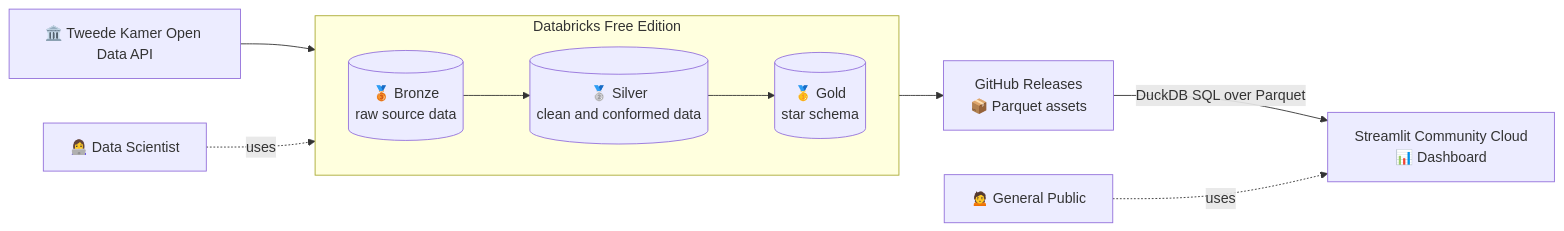
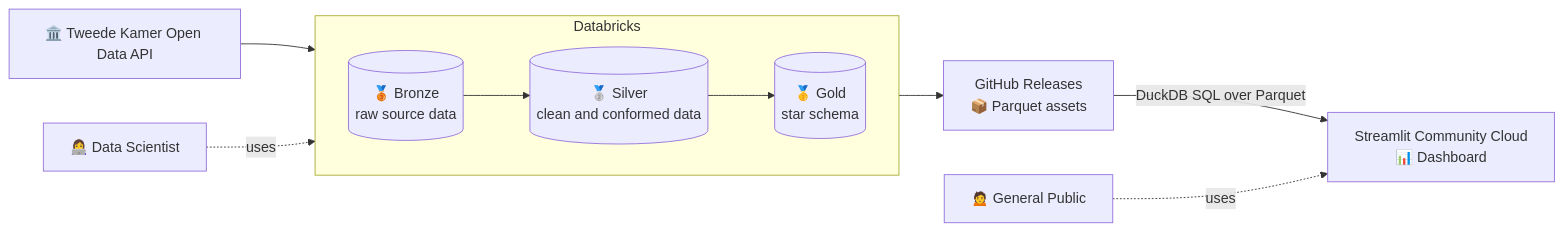
One commit to afvanwoudenberg/tweedekamer-monitor changed the diagram in ARCHITECTURE.md. Above: the diagram before and after it, drawn with Mermaid. The commit also changed other lines of this file, not shown here.

Commit message:
More tweaks to the architecture description.

````diff
--- a/ARCHITECTURE.md
+++ b/ARCHITECTURE.md
@@ -31,29 +31,29 @@
 ```mermaid
 flowchart LR
     API["🏛️ Tweede Kamer Open Data API"]
     
-    subgraph DB["Databricks Free Edition"]
+    subgraph DB["Databricks"]
         direction LR
         B[("🥉 Bronze\nraw source data")]
         S[("🥈 Silver\nclean and conformed data")]
         G[("🥇 Gold\nstar schema")]
         
         B --> S --> G
     end
 
     GH["GitHub Releases\n📦 Parquet assets"]
     SC["Streamlit Community Cloud\n📊 Dashboard"]
     USER["🙍 General Public"]
     ANALYST["👩‍💻 Data Scientist"]
 
 
     API --> B
     G --> GH
         
     %% The dashboard is placed under the assets
     GH -- "DuckDB SQL over Parquet" --> SC
     
     %% The user is placed to the left of the dashboard
     USER -. "uses" .-> SC
     ANALYST -. "uses" .-> DB
 ```
````
